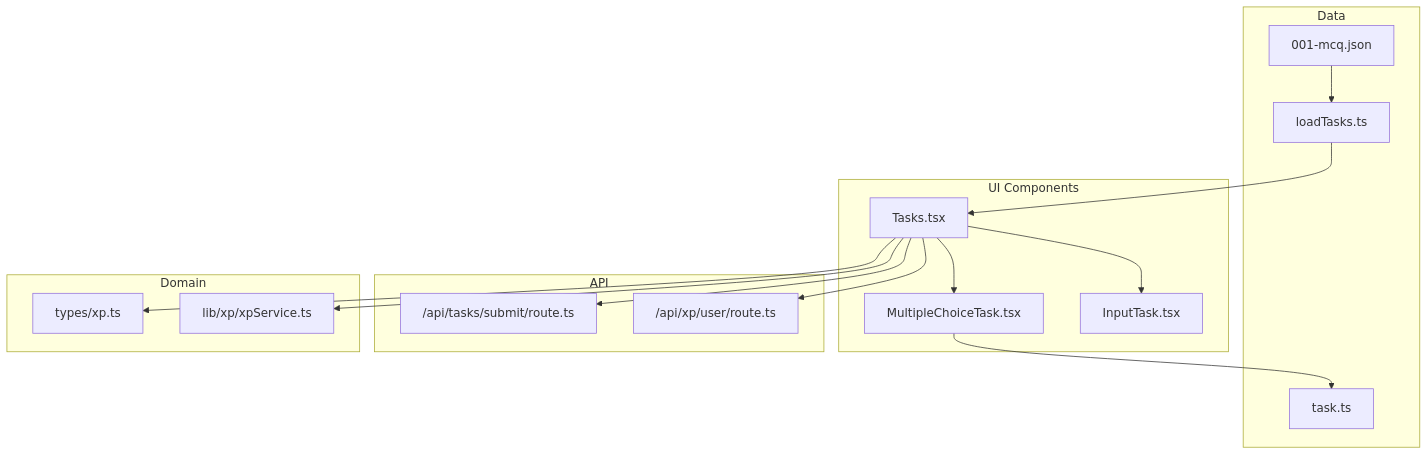
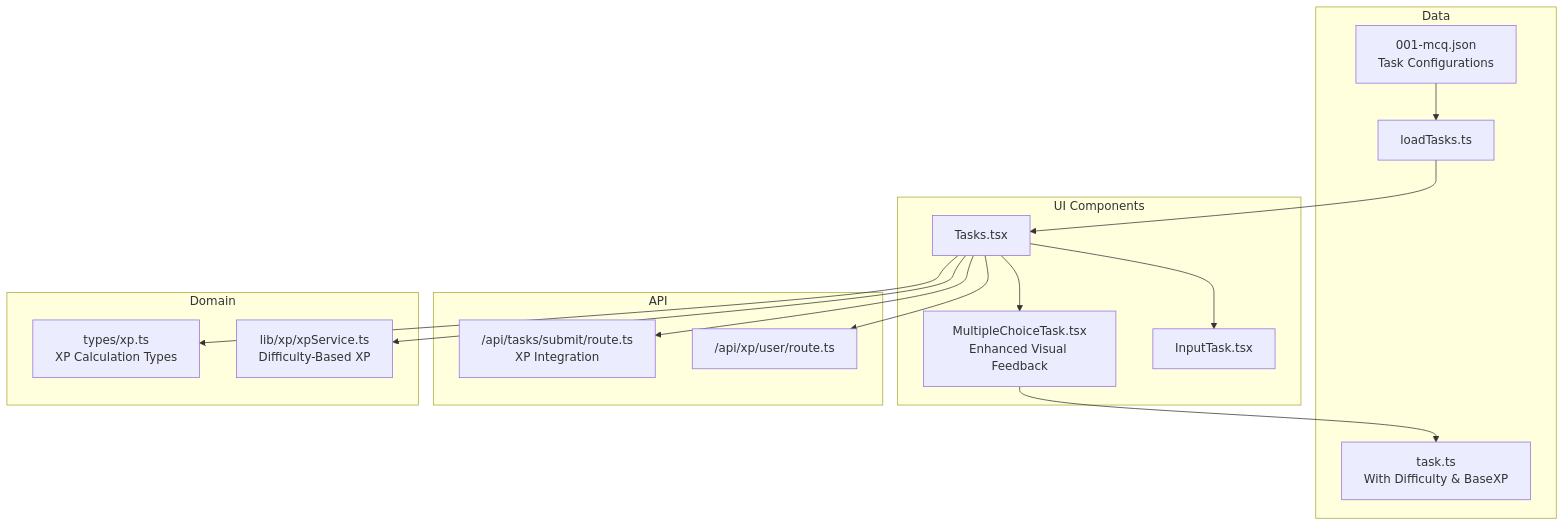
One commit to AlexKutz/math-app-next-js changed the first of 5 diagrams in .qoder/repowiki/en/content/Core Features/Learning Interface/Multiple Choice Tasks.md. Above: the diagram before and after it, drawn with Mermaid. The commit also changed other lines of this file and 9 other files, not shown here.

````diff
--- a/.qoder/repowiki/en/content/Core Features/Learning Interface/Multiple Choice Tasks.md
+++ b/.qoder/repowiki/en/content/Core Features/Learning Interface/Multiple Choice Tasks.md
@@ -40,30 +50,30 @@
 ```mermaid
 graph TB
 subgraph "UI Components"
-MC["MultipleChoiceTask.tsx"]
+MC["MultipleChoiceTask.tsx<br/>Enhanced Visual Feedback"]
 TS["Tasks.tsx"]
 IT["InputTask.tsx"]
 end
 subgraph "Data"
-TSK["task.ts"]
-DATA["001-mcq.json"]
+TSK["task.ts<br/>With Difficulty & BaseXP"]
+DATA["001-mcq.json<br/>Task Configurations"]
 LOAD["loadTasks.ts"]
 end
 subgraph "API"
-SUBMIT["/api/tasks/submit/route.ts"]
+SUBMIT["/api/tasks/submit/route.ts<br/>XP Integration"]
 XPGET["/api/xp/user/route.ts"]
 end
 subgraph "Domain"
-TYPES["types/xp.ts"]
-XPSVC["lib/xp/xpService.ts"]
+TYPES["types/xp.ts<br/>XP Calculation Types"]
+XPSVC["lib/xp/xpService.ts<br/>Difficulty-Based XP"]
 end
 TS --> MC
 TS --> IT
 TS --> SUBMIT
 TS --> XPGET
 TS --> TYPES
 TS --> XPSVC
 MC --> TSK
 DATA --> LOAD
 LOAD --> TS
 ```
````
